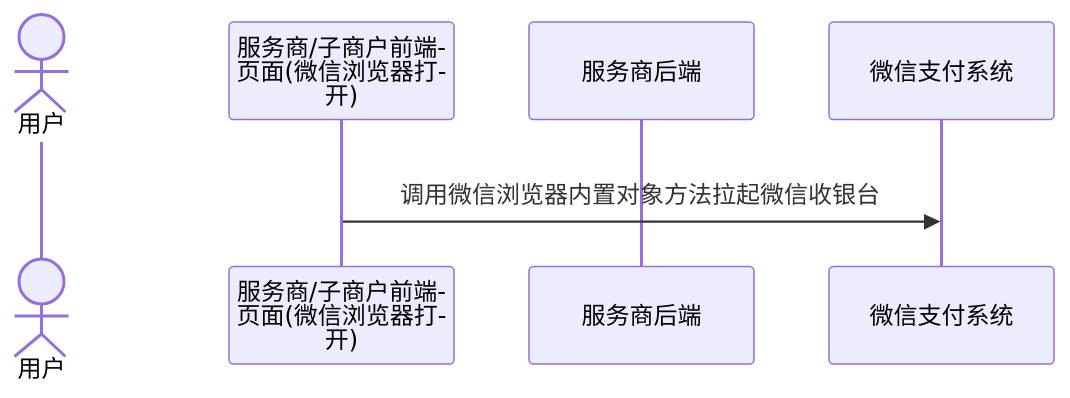
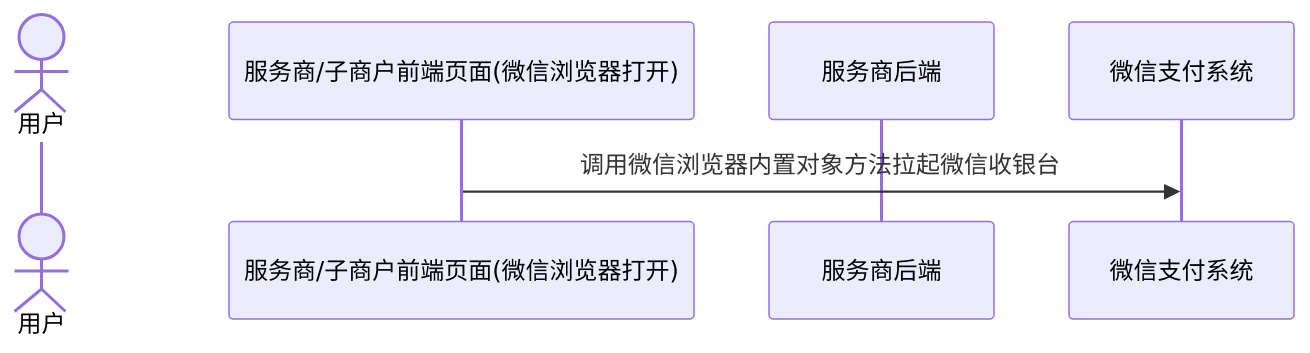
Before and after one commit to minibear2021/wechatpay_docs: the second of 4 diagrams in docs/partner/pages/4012069859.md, drawn with Mermaid. The commit also changed other lines of this file and 8 other files, not shown here.

````diff
--- a/docs/partner/pages/4012069859.md
+++ b/docs/partner/pages/4012069859.md
@@ -105,12 +81,9 @@
 ```mermaid
-%%{init: { "sequence": { "wrap": true, "wrapPadding": 10, "noteAlign": "left" } } }%%
 sequenceDiagram
-    rect rgb(255,255,255)
         actor User as 用户
         participant Mch as 服务商/子商户前端页面(微信浏览器打开)
         participant SP as 服务商后端
         participant WxPay as 微信支付系统
 
         Mch->>WxPay: 调用微信浏览器内置对象方法拉起微信收银台
-    end
 ```
````
